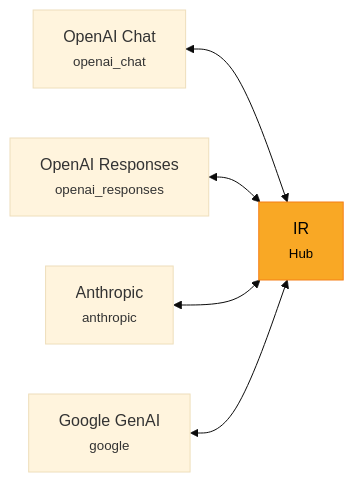
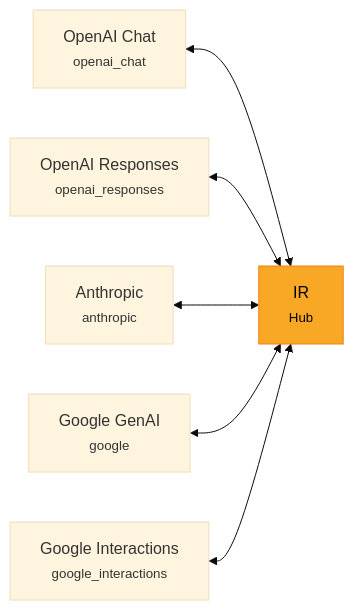
The diagram in docs/guide/concepts.md (Oaklight/llm-rosetta), drawn with Mermaid (base theme) before and after one commit. The commit also changed 9 other files, not shown here.

Commit message:
docs: add google_interactions to all converter/provider tables, diagrams, and type lists

````diff
--- a/docs/guide/concepts.md
+++ b/docs/guide/concepts.md
@@ -15,9 +15,10 @@
 ```mermaid
 graph LR
     A["OpenAI Chat<br/><small>openai_chat</small>"] <--> IR["IR<br/><small>Hub</small>"]
     B["OpenAI Responses<br/><small>openai_responses</small>"] <--> IR
     C["Anthropic<br/><small>anthropic</small>"] <--> IR
     D["Google GenAI<br/><small>google</small>"] <--> IR
+    E["Google Interactions<br/><small>google_interactions</small>"] <--> IR
 
     style IR fill:#f9a825,stroke:#f57f17,color:#000
 ```
````
